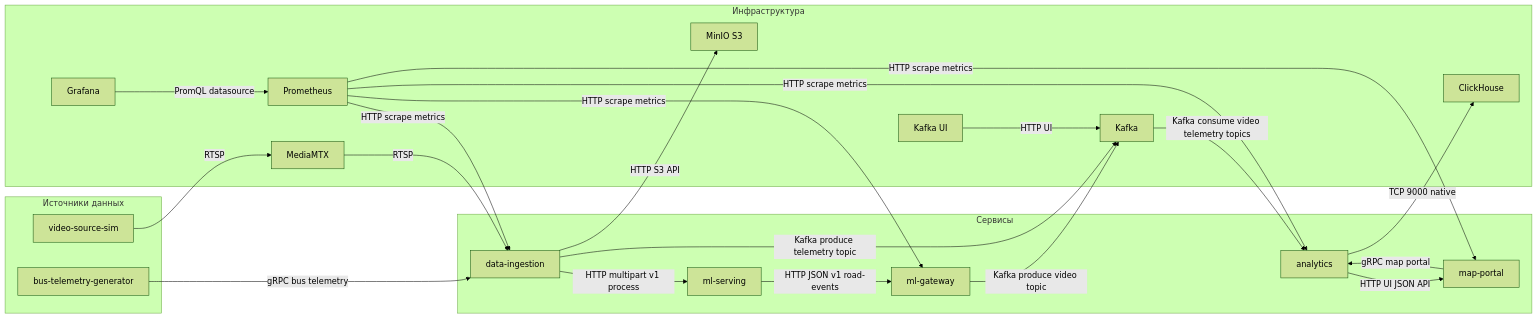
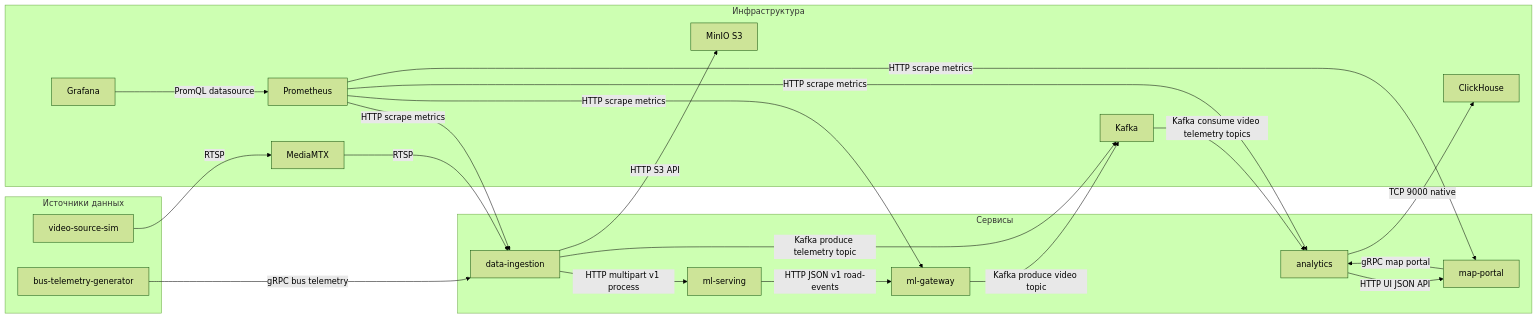
The diagram in README.md (Phund4/its-project), drawn with Mermaid (forest theme) before and after one commit. The commit also changed 3 other files, not shown here.

````diff
--- a/README.md
+++ b/README.md
@@ -5,47 +5,45 @@
 ```mermaid
 flowchart LR
   subgraph Producers["Источники данных"]
     VideoSim[video-source-sim]
     BusGen[bus-telemetry-generator]
   end
 
   subgraph Services["Сервисы"]
     DI[data-ingestion]
     MLS[ml-serving]
     MLG[ml-gateway]
     AN[analytics]
     MP[map-portal]
   end
 
   subgraph Infra["Инфраструктура"]
     MTX[MediaMTX]
     MinIO[MinIO S3]
     KFK[Kafka]
     CH[ClickHouse]
     Prom[Prometheus]
     Graf[Grafana]
-    KUI[Kafka UI]
   end
 
   VideoSim -->|RTSP| MTX
   MTX -->|RTSP| DI
   DI -->|HTTP S3 API| MinIO
   DI -->|HTTP multipart v1 process| MLS
   MLS -->|HTTP JSON v1 road-events| MLG
   MLG -->|Kafka produce video topic| KFK
   KFK -->|Kafka consume video telemetry topics| AN
   AN -->|TCP 9000 native| CH
 
   BusGen -->|gRPC bus telemetry| DI
   DI -->|Kafka produce telemetry topic| KFK
 
   MP -->|gRPC map portal| AN
   AN -->|HTTP UI JSON API| MP
 
   Prom -->|HTTP scrape metrics| DI
   Prom -->|HTTP scrape metrics| MLG
   Prom -->|HTTP scrape metrics| AN
   Prom -->|HTTP scrape metrics| MP
   Graf -->|PromQL datasource| Prom
-  KUI -->|HTTP UI| KFK
 ```
````
